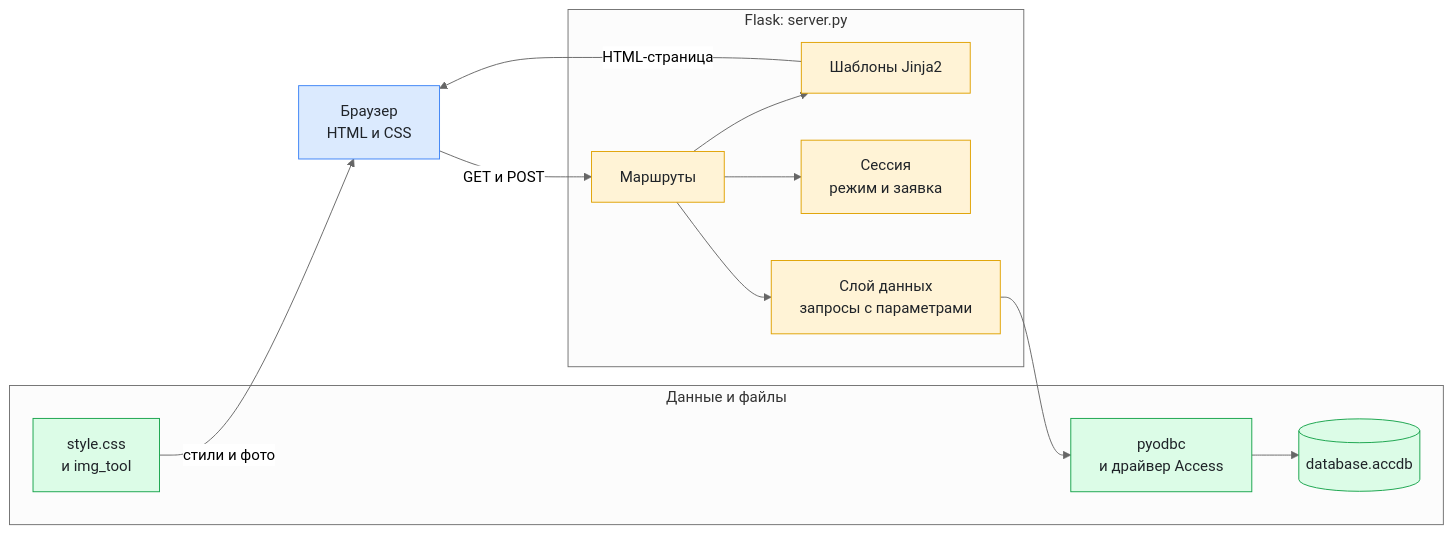
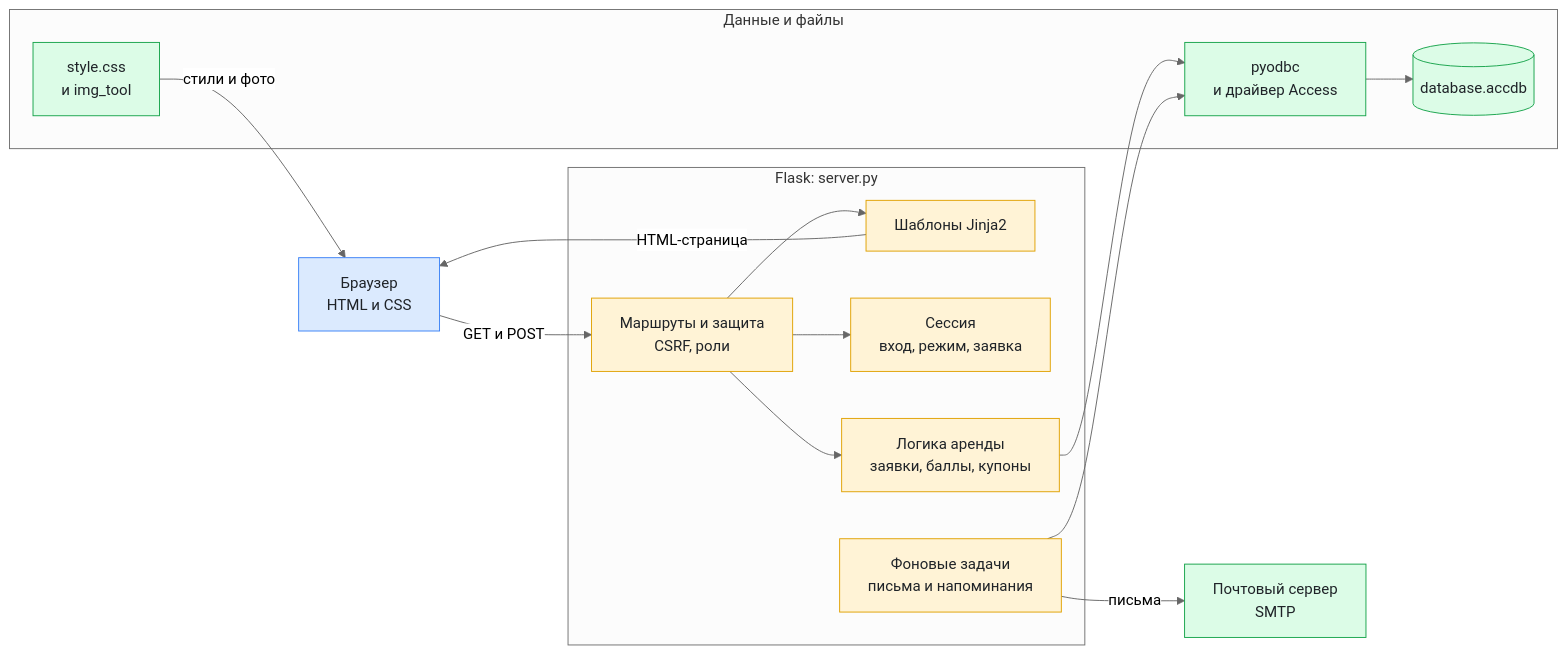
One commit to Dinosaurguk/ToolRent changed the first of 3 diagrams in README.md. Above: the diagram before and after it, drawn with Mermaid (neutral theme). The commit also changed other lines of this file and 15 other files, not shown here.

````diff
--- a/README.md
+++ b/README.md
@@ -107,33 +121,38 @@
 ```mermaid
 flowchart LR
     Browser["Браузер<br/>HTML и CSS"]
 
     subgraph Server["Flask: server.py"]
-        Routes["Маршруты"]
+        Routes["Маршруты и защита<br/>CSRF, роли"]
         Templates["Шаблоны Jinja2"]
-        Session["Сессия<br/>режим и заявка"]
-        Data["Слой данных<br/>запросы с параметрами"]
+        Session["Сессия<br/>вход, режим, заявка"]
+        Domain["Логика аренды<br/>заявки, баллы, купоны"]
+        Jobs["Фоновые задачи<br/>письма и напоминания"]
     end
 
     subgraph Storage["Данные и файлы"]
         Odbc["pyodbc<br/>и драйвер Access"]
         Db[("database.accdb")]
         Assets["style.css<br/>и img_tool"]
     end
 
+    Smtp["Почтовый сервер<br/>SMTP"]
+
     Browser -->|"GET и POST"| Routes
     Routes --> Templates
     Routes --> Session
-    Routes --> Data
+    Routes --> Domain
     Templates -->|"HTML-страница"| Browser
     Assets -->|"стили и фото"| Browser
-    Data --> Odbc
+    Domain --> Odbc
+    Jobs --> Odbc
     Odbc --> Db
+    Jobs -->|"письма"| Smtp
 
     classDef client fill:#dbeafe,stroke:#3b82f6,color:#1f2328
     classDef app fill:#fff3d6,stroke:#e0a100,color:#1f2328
     classDef store fill:#dcfce7,stroke:#16a34a,color:#1f2328
     class Browser client
-    class Routes,Templates,Session,Data app
-    class Odbc,Db,Assets store
+    class Routes,Templates,Session,Domain,Jobs app
+    class Odbc,Db,Assets,Smtp store
 ```
````
